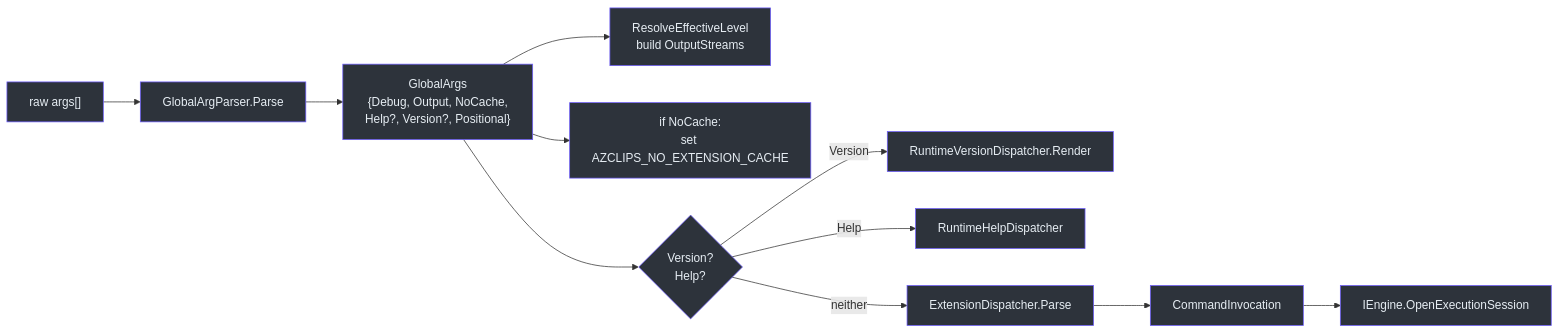
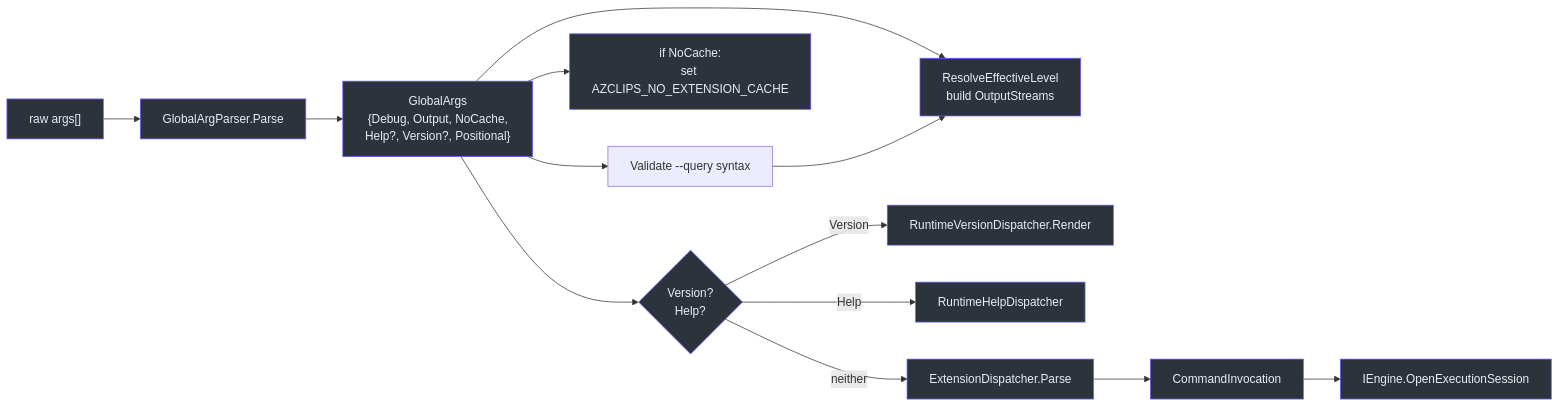
Before and after one commit to Azure/azclips: the first of 2 diagrams in wiki/01-getting-started/cli-usage.md, drawn with Mermaid. The commit also changed other lines of this file and 13 other files, not shown here.

````diff
--- a/wiki/01-getting-started/cli-usage.md
+++ b/wiki/01-getting-started/cli-usage.md
@@ -43,25 +44,27 @@
 ```mermaid
 graph LR
     ARGS["raw args[]"] --> GAP["GlobalArgParser.Parse"]
     GAP --> GA["GlobalArgs<br>{Debug, Output, NoCache,<br>Help?, Version?, Positional}"]
     GA --> STREAMS["ResolveEffectiveLevel<br>build OutputStreams"]
+    GA --> QUERY["Validate --query syntax"]
+    QUERY --> STREAMS
     GA --> NCENV["if NoCache:<br>set AZCLIPS_NO_EXTENSION_CACHE"]
     GA --> ROUTE{"Version?<br>Help?"}
     ROUTE -->|Version| VER["RuntimeVersionDispatcher.Render"]
     ROUTE -->|Help| HELP["RuntimeHelpDispatcher"]
     ROUTE -->|neither| PARSE["ExtensionDispatcher.Parse"]
     PARSE --> INV["CommandInvocation"]
     INV --> EXEC["IEngine.OpenExecutionSession"]
 
     style ARGS fill:#2d333b,stroke:#6d5dfc,color:#e6edf3
     style GAP fill:#2d333b,stroke:#6d5dfc,color:#e6edf3
     style GA fill:#2d333b,stroke:#6d5dfc,color:#e6edf3
     style STREAMS fill:#2d333b,stroke:#6d5dfc,color:#e6edf3
     style NCENV fill:#2d333b,stroke:#6d5dfc,color:#e6edf3
     style ROUTE fill:#2d333b,stroke:#6d5dfc,color:#e6edf3
     style VER fill:#2d333b,stroke:#6d5dfc,color:#e6edf3
     style HELP fill:#2d333b,stroke:#6d5dfc,color:#e6edf3
     style PARSE fill:#2d333b,stroke:#6d5dfc,color:#e6edf3
     style INV fill:#2d333b,stroke:#6d5dfc,color:#e6edf3
     style EXEC fill:#2d333b,stroke:#6d5dfc,color:#e6edf3
 ```
````
